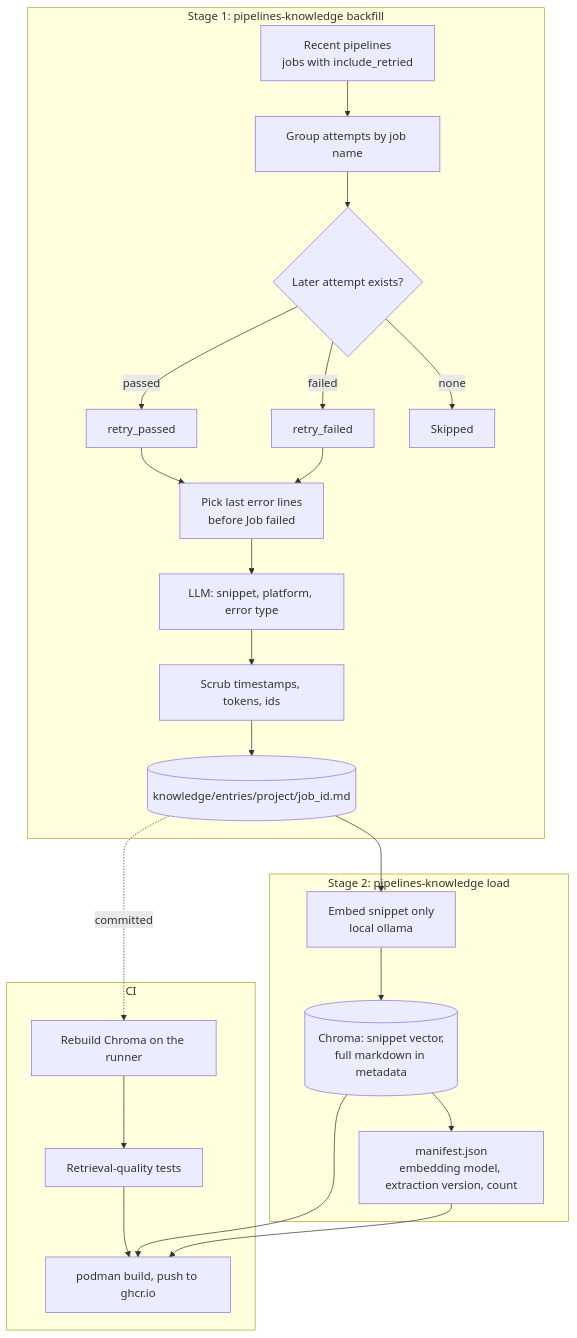
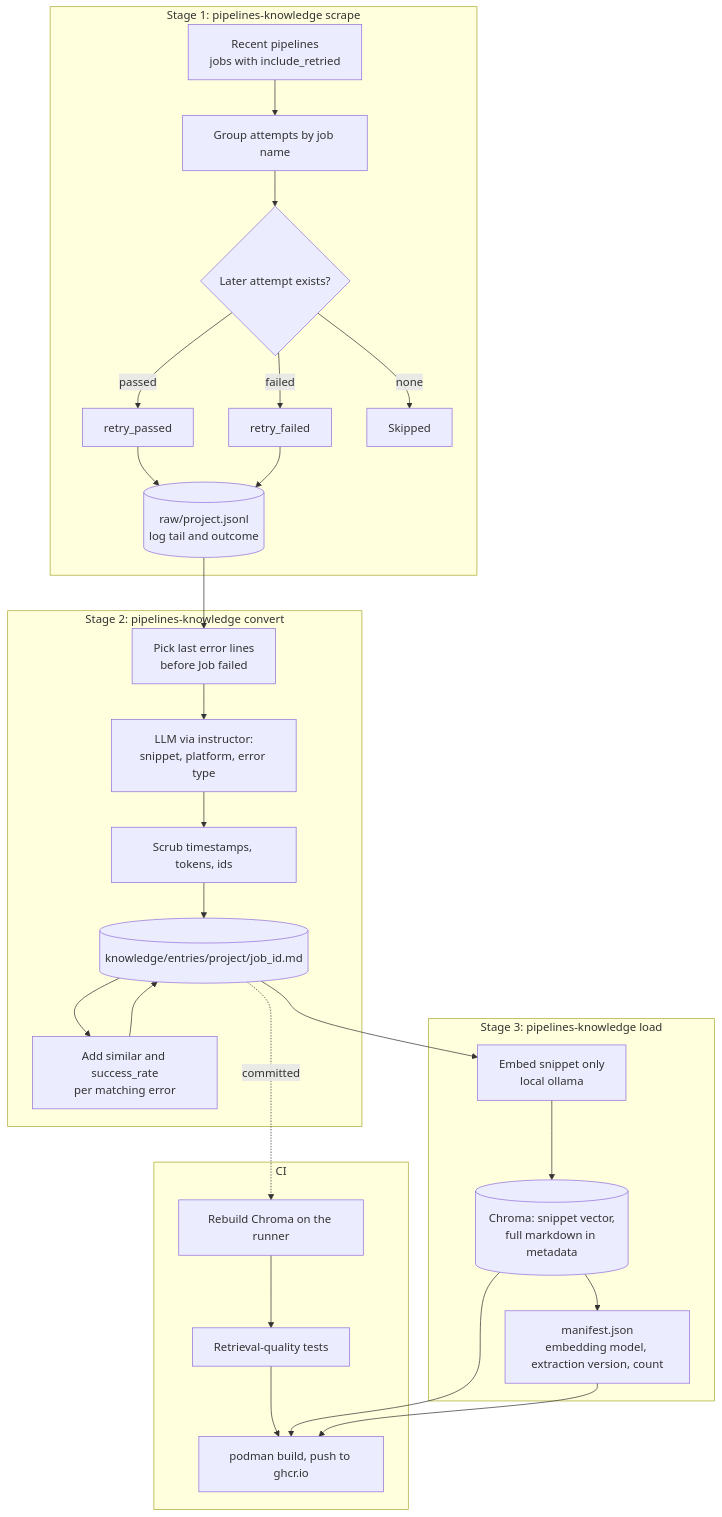
One commit to vicentebolea/vtk-pipelines-knowledge changed the diagram in ARCHITECTURE.md. Above: the diagram before and after it, drawn with Mermaid. The commit also changed 992 other files, not shown here.

Commit message:
Split the build into scrape, convert and load; add success rate to entries

````diff
--- a/ARCHITECTURE.md
+++ b/ARCHITECTURE.md
@@ -7,30 +7,36 @@
 ```mermaid
 flowchart TD
-    subgraph S1[Stage 1: pipelines-knowledge backfill]
+    subgraph S1[Stage 1: pipelines-knowledge scrape]
         H[Recent pipelines<br/>jobs with include_retried] --> G[Group attempts by job name]
         G --> O1{Later attempt exists?}
         O1 -- passed --> R1[retry_passed]
         O1 -- failed --> R2[retry_failed]
         O1 -- none --> X[Skipped]
-        R1 --> HINT[Pick last error lines<br/>before Job failed]
-        R2 --> HINT
-        HINT --> EX[LLM: snippet, platform, error type]
+        R1 --> RAW[(raw/project.jsonl<br/>log tail and outcome)]
+        R2 --> RAW
+    end
+
+    subgraph S2[Stage 2: pipelines-knowledge convert]
+        RAW --> HINT[Pick last error lines<br/>before Job failed]
+        HINT --> EX[LLM via instructor:<br/>snippet, platform, error type]
         EX --> SC[Scrub timestamps, tokens, ids]
         SC --> MD[(knowledge/entries/project/job_id.md)]
+        MD --> RT[Add similar and success_rate<br/>per matching error]
+        RT --> MD
     end
 
-    subgraph S2[Stage 2: pipelines-knowledge load]
+    subgraph S3[Stage 3: pipelines-knowledge load]
         MD --> EMB[Embed snippet only<br/>local ollama]
         EMB --> V[(Chroma: snippet vector,<br/>full markdown in metadata)]
         V --> MF[manifest.json<br/>embedding model, extraction version, count]
     end
 
     subgraph CI[CI]
         MD -. committed .-> RB[Rebuild Chroma on the runner]
         RB --> Q[Retrieval-quality tests]
         Q --> IMG[podman build, push to ghcr.io]
     end
 
     V --> IMG
     MF --> IMG
 ```
````
